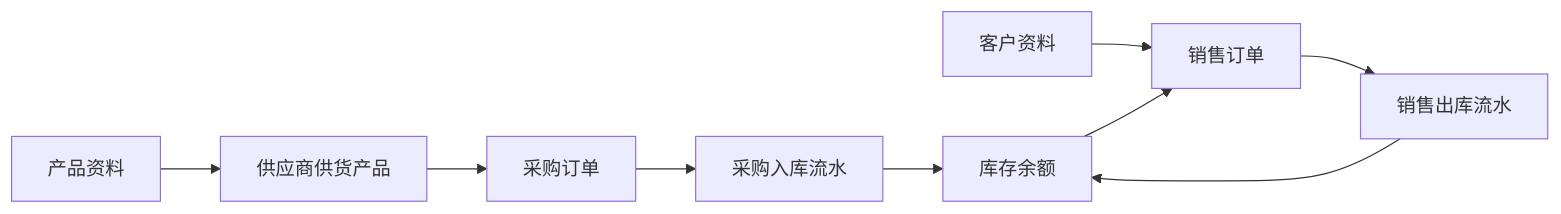
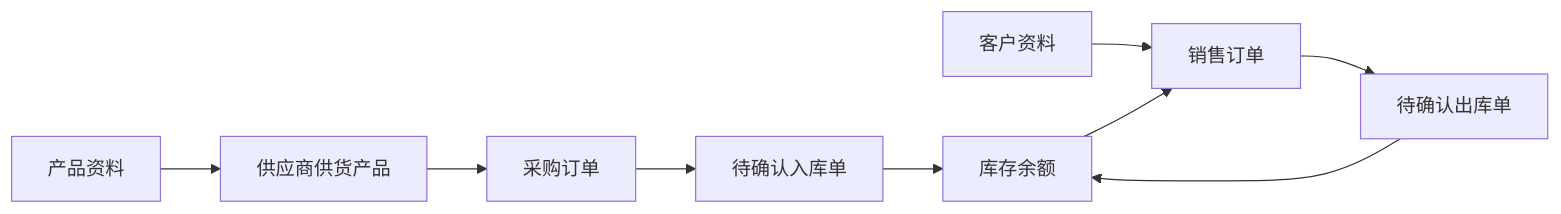
Before and after one commit to LI-S-H/qiheng-erp: the first of 11 diagrams in docs/database/mvp-database-design-overview.md, drawn with Mermaid. The commit also changed other lines of this file and 74 other files, not shown here.

````diff
--- a/docs/database/mvp-database-design-overview.md
+++ b/docs/database/mvp-database-design-overview.md
@@ -83,11 +87,11 @@
 ```mermaid
 flowchart LR
     P["产品资料"] --> S["供应商供货产品"]
     S --> PO["采购订单"]
-    PO --> IN["采购入库流水"]
+    PO --> IN["待确认入库单"]
     IN --> ST["库存余额"]
     C["客户资料"] --> SO["销售订单"]
     ST --> SO
-    SO --> OUT["销售出库流水"]
+    SO --> OUT["待确认出库单"]
     OUT --> ST
 ```
````
